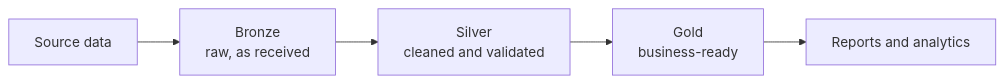
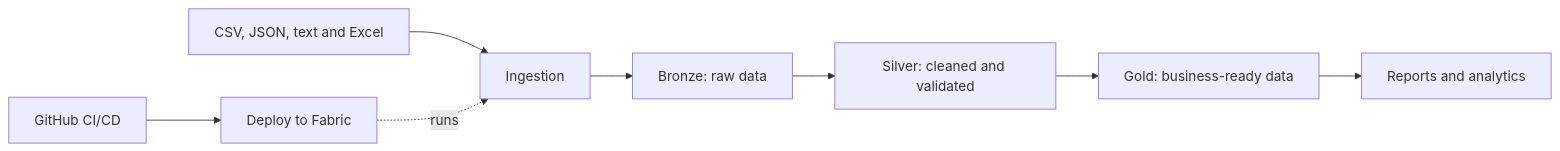
Before and after one commit to macca1087/library-pipeline-template: the diagram in docs/mermaid.md, drawn with Mermaid. The commit also changed other lines of this file, not shown here.

Commit message:
Update flowchart in mermaid.md for data processing

````diff
--- a/docs/mermaid.md
+++ b/docs/mermaid.md
@@ -1,7 +1,10 @@
 ```mermaid
 flowchart LR
-    Source[Source data] --> Bronze[Bronze<br/>raw, as received]
-    Bronze --> Silver[Silver<br/>cleaned and validated]
-    Silver --> Gold[Gold<br/>business-ready]
-    Gold --> Consumers[Reports and analytics]
+    A["CSV, JSON, text and Excel"] --> B["Ingestion"]
+    B --> C["Bronze: raw data"]
+    C --> D["Silver: cleaned and validated"]
+    D --> E["Gold: business-ready data"]
+    E --> F["Reports and analytics"]
+    G["GitHub CI/CD"] --> H["Deploy to Fabric"]
+    H -. runs .-> B
 ```
````
